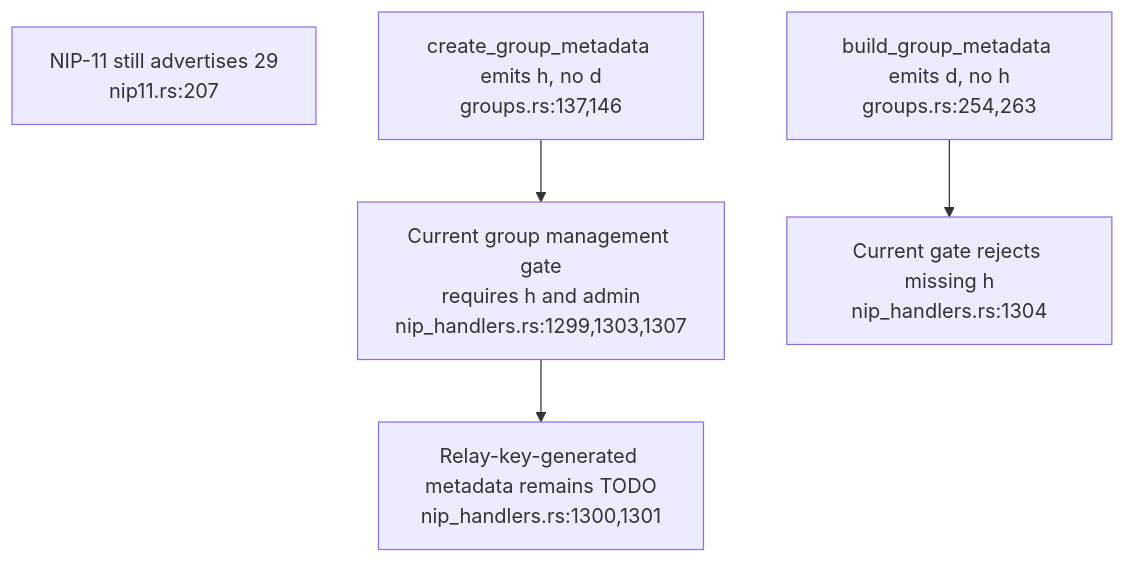
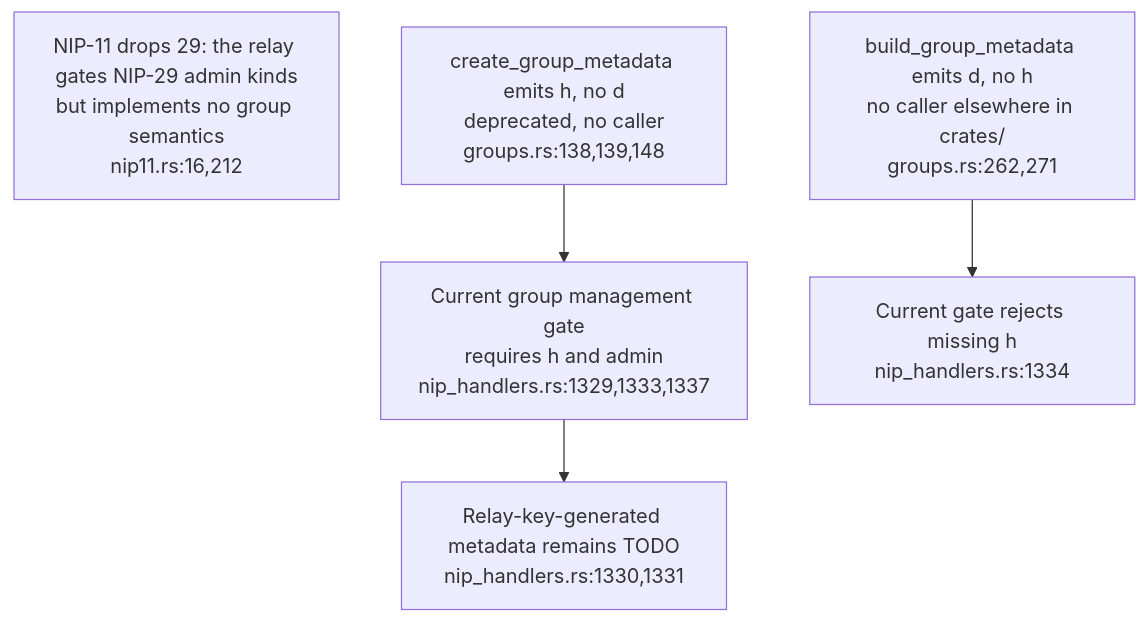
One commit to DreamLab-AI/VisionFlow changed the first of 3 diagrams in docs/diagrams/nostr-rust-forum/13-group-admission-and-replacement.md. Above: the diagram before and after it, drawn with Mermaid. The commit also changed other lines of this file and 4 other files, not shown here.

First line of the commit message:
docs(diagrams): re-verify NF-13, NF-19, NF-20, NF-22, NF-23 at nostr-rust-forum af4f0d5

````diff
--- a/docs/diagrams/nostr-rust-forum/13-group-admission-and-replacement.md
+++ b/docs/diagrams/nostr-rust-forum/13-group-admission-and-replacement.md
@@ -29,7 +29,7 @@
 ```mermaid
 flowchart TD
-    ADV["NIP-11 still advertises 29<br/>nip11.rs:207"]
-    OLD["create_group_metadata emits h, no d<br/>groups.rs:137,146"] --> GATE["Current group management gate<br/>requires h and admin<br/>nip_handlers.rs:1299,1303,1307"]
-    NEW["build_group_metadata emits d, no h<br/>groups.rs:254,263"] --> DENY["Current gate rejects missing h<br/>nip_handlers.rs:1304"]
-    GATE --> TODO["Relay-key-generated metadata remains TODO<br/>nip_handlers.rs:1300,1301"]
+    ADV["NIP-11 drops 29: the relay gates NIP-29 admin kinds<br/>but implements no group semantics<br/>nip11.rs:16,212"]
+    OLD["create_group_metadata emits h, no d<br/>deprecated, no caller<br/>groups.rs:138,139,148"] --> GATE["Current group management gate<br/>requires h and admin<br/>nip_handlers.rs:1329,1333,1337"]
+    NEW["build_group_metadata emits d, no h<br/>no caller elsewhere in crates/<br/>groups.rs:262,271"] --> DENY["Current gate rejects missing h<br/>nip_handlers.rs:1334"]
+    GATE --> TODO["Relay-key-generated metadata remains TODO<br/>nip_handlers.rs:1330,1331"]
 ```
````
